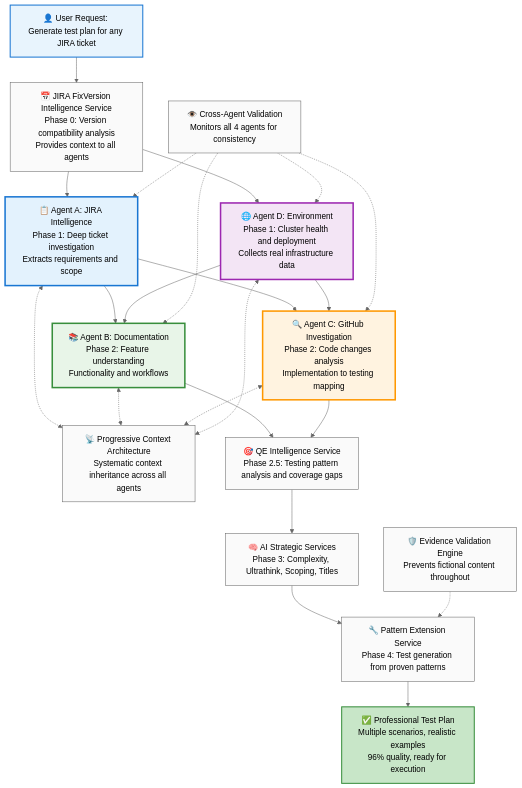
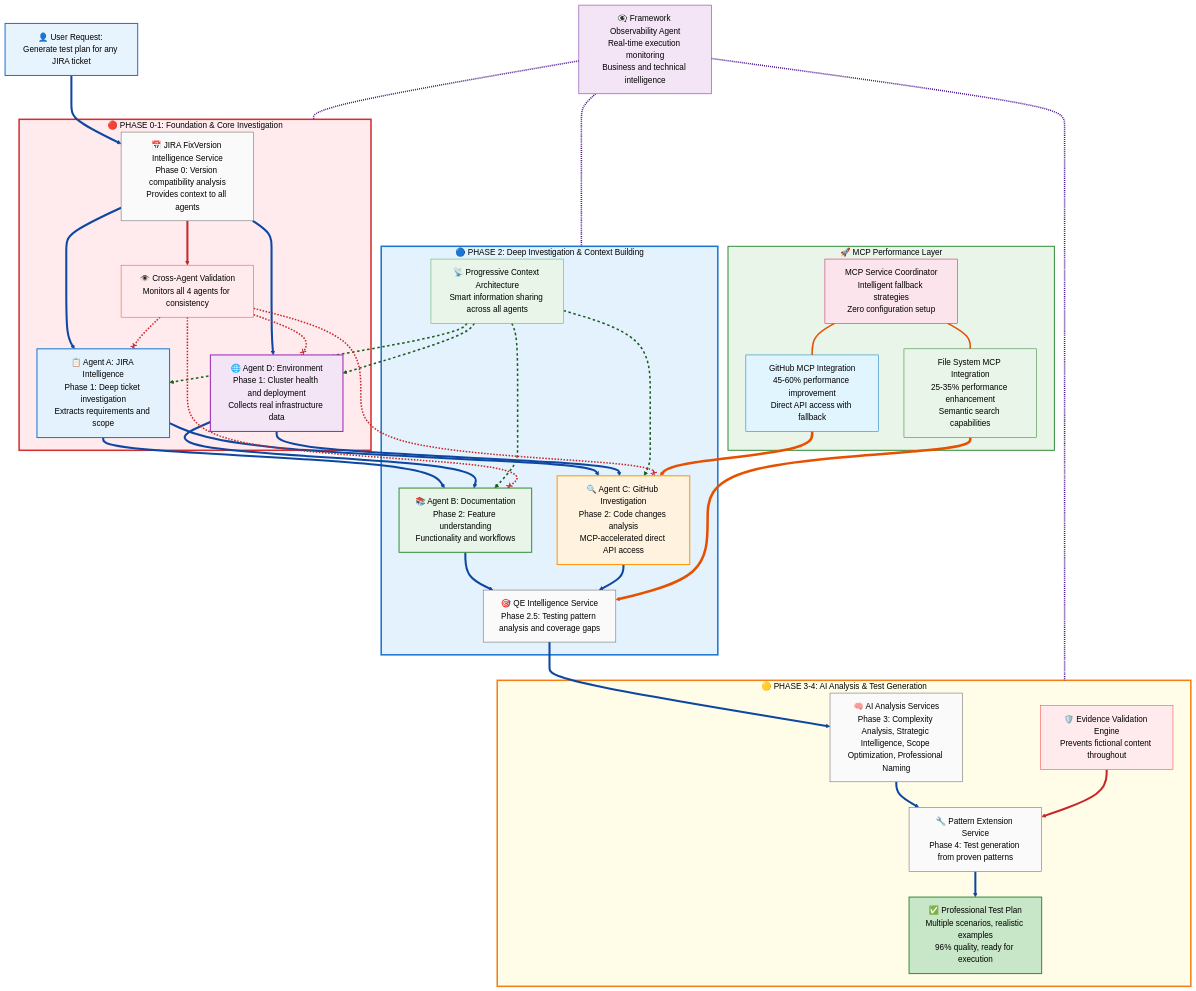
Before and after one commit to stolostron/ai-test-gen: the first of 2 diagrams in apps/claude-test-generator/docs/agents_concepts_workflow.md, drawn with Mermaid (neutral theme). The commit also changed other lines of this file and 36 other files, not shown here.

````diff
--- a/apps/claude-test-generator/docs/agents_concepts_workflow.md
+++ b/apps/claude-test-generator/docs/agents_concepts_workflow.md
@@ -38,78 +43,155 @@
 ```mermaid
 flowchart TB
-    %% User Input
+    %% User Request
     START[👤 User Request: Generate test plan for any JIRA ticket]
     
-    %% Phase 0: AI Services Foundation
-    VERSION_SERVICE[📅 JIRA FixVersion Intelligence Service<br/>Phase 0: Version compatibility analysis<br/>Provides context to all agents]
+    %% === PHASE 0-1: FOUNDATION & CORE AGENTS ===
+    subgraph PHASE01["🔴 PHASE 0-1: Foundation & Core Investigation"]
+        VERSION_SERVICE[📅 JIRA FixVersion Intelligence Service<br/>Phase 0: Version compatibility analysis<br/>Provides context to all agents]
+        
+        AGENT_A[📋 Agent A: JIRA Intelligence<br/>Phase 1: Deep ticket investigation<br/>Extracts requirements and scope]
+        AGENT_D[🌐 Agent D: Environment<br/>Phase 1: Cluster health and deployment<br/>Collects real infrastructure data]
+        
+        CROSS_VALIDATION[👁️ Cross-Agent Validation<br/>Monitors all 4 agents for consistency]
+    end
     
-    %% Phase 1: The 4 Core Agents (Parallel)
-    AGENT_A[📋 Agent A: JIRA Intelligence<br/>Phase 1: Deep ticket investigation<br/>Extracts requirements and scope]
-    AGENT_D[🌐 Agent D: Environment<br/>Phase 1: Cluster health and deployment<br/>Collects real infrastructure data]
+    %% === PHASE 2: INVESTIGATION AGENTS ===
+    subgraph PHASE2["🔵 PHASE 2: Deep Investigation & Context Building"]
+        AGENT_B[📚 Agent B: Documentation<br/>Phase 2: Feature understanding<br/>Functionality and workflows]
+        AGENT_C[🔍 Agent C: GitHub Investigation<br/>Phase 2: Code changes analysis<br/>MCP-accelerated direct API access]
+        
+        CONTEXT_ARCHITECTURE[📡 Progressive Context Architecture<br/>Smart information sharing across all agents]
+        QE_SERVICE[🎯 QE Intelligence Service<br/>Phase 2.5: Testing pattern analysis and coverage gaps]
+    end
     
-    %% Phase 2: Investigation Agents (Parallel)
-    AGENT_B[📚 Agent B: Documentation<br/>Phase 2: Feature understanding<br/>Functionality and workflows]
-    AGENT_C[🔍 Agent C: GitHub Investigation<br/>Phase 2: Code changes analysis<br/>Implementation to testing mapping]
+    %% === PHASE 3-4: AI SERVICES & GENERATION ===
+    subgraph PHASE34["🟡 PHASE 3-4: AI Analysis & Test Generation"]
+        AI_SERVICES[🧠 AI Analysis Services<br/>Phase 3: Complexity Analysis, Strategic Intelligence, Scope Optimization, Professional Naming]
+        
+        VALIDATION_SERVICE[🛡️ Evidence Validation Engine<br/>Prevents fictional content throughout]
+        PATTERN_SERVICE[🔧 Pattern Extension Service<br/>Phase 4: Test generation from proven patterns]
+        
+        FINAL[✅ Professional Test Plan<br/>Multiple scenarios, realistic examples<br/>96% quality, ready for execution]
+    end
     
-    %% AI Services Supporting the Framework
-    CONTEXT_ARCHITECTURE[📡 Progressive Context Architecture<br/>Systematic context inheritance across all agents]
-    QE_SERVICE[🎯 QE Intelligence Service<br/>Phase 2.5: Testing pattern analysis and coverage gaps]
-    AI_SERVICES[🧠 AI Strategic Services<br/>Phase 3: Complexity, Ultrathink, Scoping, Titles]
-    PATTERN_SERVICE[🔧 Pattern Extension Service<br/>Phase 4: Test generation from proven patterns]
+    %% === MCP INTEGRATION (Right Side) ===
+    subgraph MCP["🚀 MCP Performance Layer"]
+        MCP_GITHUB[GitHub MCP Integration<br/>45-60% performance improvement<br/>Direct API access with fallback]
+        MCP_FILESYSTEM[File System MCP Integration<br/>25-35% performance enhancement<br/>Semantic search capabilities]
+        MCP_COORDINATOR[MCP Service Coordinator<br/>Intelligent fallback strategies<br/>Zero configuration setup]
+    end
     
-    %% Quality Services
-    VALIDATION_SERVICE[🛡️ Evidence Validation Engine<br/>Prevents fictional content throughout]
-    CROSS_VALIDATION[👁️ Cross-Agent Validation<br/>Monitors all 4 agents for consistency]
+    %% === OBSERVABILITY ===
+    OBSERVABILITY[👁️‍🗨️ Framework Observability Agent<br/>Real-time execution monitoring<br/>Business and technical intelligence]
     
-    %% Final Result
-    FINAL[✅ Professional Test Plan<br/>Multiple scenarios, realistic examples<br/>96% quality, ready for execution]
-    
-    %% Main Agent Flow
+    %% === MAIN WORKFLOW (Thick dark arrows) ===
     START --> VERSION_SERVICE
     VERSION_SERVICE --> AGENT_A
     VERSION_SERVICE --> AGENT_D
-    
     AGENT_A --> AGENT_B
     AGENT_A --> AGENT_C
     AGENT_D --> AGENT_B
     AGENT_D --> AGENT_C
-    
     AGENT_B --> QE_SERVICE
     AGENT_C --> QE_SERVICE
-    
     QE_SERVICE --> AI_SERVICES
     AI_SERVICES --> PATTERN_SERVICE
     PATTERN_SERVICE --> FINAL
     
-    %% Supporting Service Connections
-    AGENT_A <-.-> CONTEXT_ARCHITECTURE
-    AGENT_B <-.-> CONTEXT_ARCHITECTURE
-    AGENT_C <-.-> CONTEXT_ARCHITECTURE
-    AGENT_D <-.-> CONTEXT_ARCHITECTURE
+    %% === CONTEXT INHERITANCE (Thick green dotted) ===
+    CONTEXT_ARCHITECTURE -.-> AGENT_A
+    CONTEXT_ARCHITECTURE -.-> AGENT_B
+    CONTEXT_ARCHITECTURE -.-> AGENT_C
+    CONTEXT_ARCHITECTURE -.-> AGENT_D
     
-    CROSS_VALIDATION -.-> AGENT_A
-    CROSS_VALIDATION -.-> AGENT_B
-    CROSS_VALIDATION -.-> AGENT_C
-    CROSS_VALIDATION -.-> AGENT_D
+    %% === VALIDATION MONITORING (Bold red dashed) ===
+    VERSION_SERVICE --> CROSS_VALIDATION
+    CROSS_VALIDATION --x AGENT_A
+    CROSS_VALIDATION --x AGENT_B
+    CROSS_VALIDATION --x AGENT_C
+    CROSS_VALIDATION --x AGENT_D
+    VALIDATION_SERVICE --> PATTERN_SERVICE
     
-    VALIDATION_SERVICE -.-> PATTERN_SERVICE
+    %% === MCP INTEGRATION (Very bold orange) ===
+    MCP_GITHUB ==> AGENT_C
+    MCP_FILESYSTEM ==> QE_SERVICE
+    MCP_COORDINATOR --- MCP_GITHUB
+    MCP_COORDINATOR --- MCP_FILESYSTEM
     
-    %% Clear 4-Agent Styling
-    style AGENT_A fill:#e3f2fd,stroke:#1976d2,stroke-width:3px,color:#000
-    style AGENT_B fill:#e8f5e8,stroke:#388e3c,stroke-width:3px,color:#000
-    style AGENT_C fill:#fff3e0,stroke:#ff9800,stroke-width:3px,color:#000
-    style AGENT_D fill:#f3e5f5,stroke:#9c27b0,stroke-width:3px,color:#000
+    %% === OBSERVABILITY MONITORING (Bold purple dotted) ===
+    OBSERVABILITY -.- PHASE01
+    OBSERVABILITY -.- PHASE2
+    OBSERVABILITY -.- PHASE34
     
-    %% AI Services Styling (clearly distinct)
+    %% === ARROW STYLING FOR VISIBILITY ===
+    %% Main workflow - thick dark blue
+    linkStyle 0 stroke:#0d47a1,stroke-width:4px
+    linkStyle 1 stroke:#0d47a1,stroke-width:4px
+    linkStyle 2 stroke:#0d47a1,stroke-width:4px
+    linkStyle 3 stroke:#0d47a1,stroke-width:4px
+    linkStyle 4 stroke:#0d47a1,stroke-width:4px
+    linkStyle 5 stroke:#0d47a1,stroke-width:4px
+    linkStyle 6 stroke:#0d47a1,stroke-width:4px
+    linkStyle 7 stroke:#0d47a1,stroke-width:4px
+    linkStyle 8 stroke:#0d47a1,stroke-width:4px
+    linkStyle 9 stroke:#0d47a1,stroke-width:4px
+    linkStyle 10 stroke:#0d47a1,stroke-width:4px
+    linkStyle 11 stroke:#0d47a1,stroke-width:4px
+    
+    %% Context inheritance - thick green
+    linkStyle 12 stroke:#1b5e20,stroke-width:3px,stroke-dasharray: 5 5
+    linkStyle 13 stroke:#1b5e20,stroke-width:3px,stroke-dasharray: 5 5
+    linkStyle 14 stroke:#1b5e20,stroke-width:3px,stroke-dasharray: 5 5
+    linkStyle 15 stroke:#1b5e20,stroke-width:3px,stroke-dasharray: 5 5
+    
+    %% Validation monitoring - bold red
+    linkStyle 16 stroke:#c62828,stroke-width:4px
+    linkStyle 17 stroke:#c62828,stroke-width:3px,stroke-dasharray: 3 3
+    linkStyle 18 stroke:#c62828,stroke-width:3px,stroke-dasharray: 3 3
+    linkStyle 19 stroke:#c62828,stroke-width:3px,stroke-dasharray: 3 3
+    linkStyle 20 stroke:#c62828,stroke-width:3px,stroke-dasharray: 3 3
+    linkStyle 21 stroke:#c62828,stroke-width:4px
+    
+    %% MCP integration - very bold orange
+    linkStyle 22 stroke:#e65100,stroke-width:5px
+    linkStyle 23 stroke:#e65100,stroke-width:5px
+    linkStyle 24 stroke:#e65100,stroke-width:3px
+    linkStyle 25 stroke:#e65100,stroke-width:3px
+    
+    %% Observability - bold purple
+    linkStyle 26 stroke:#4a148c,stroke-width:3px,stroke-dasharray: 2 2
+    linkStyle 27 stroke:#4a148c,stroke-width:3px,stroke-dasharray: 2 2
+    linkStyle 28 stroke:#4a148c,stroke-width:3px,stroke-dasharray: 2 2
+    
+    %% === STYLING ===
+    %% Phase sections
+    style PHASE01 fill:#ffebee,stroke:#d32f2f,stroke-width:3px,color:#000
+    style PHASE2 fill:#e3f2fd,stroke:#1976d2,stroke-width:3px,color:#000
+    style PHASE34 fill:#fffde7,stroke:#f57f17,stroke-width:3px,color:#000
+    style MCP fill:#e8f5e8,stroke:#388e3c,stroke-width:2px,color:#000
+    
+    %% Core agents (distinct colors)
+    style AGENT_A fill:#e3f2fd,stroke:#1976d2,stroke-width:2px,color:#000
+    style AGENT_B fill:#e8f5e8,stroke:#388e3c,stroke-width:2px,color:#000
+    style AGENT_C fill:#fff3e0,stroke:#ff9800,stroke-width:2px,color:#000
+    style AGENT_D fill:#f3e5f5,stroke:#9c27b0,stroke-width:2px,color:#000
+    
+    %% Services
     style VERSION_SERVICE fill:#fafafa,stroke:#616161,stroke-width:1px,color:#000
     style QE_SERVICE fill:#fafafa,stroke:#616161,stroke-width:1px,color:#000
     style AI_SERVICES fill:#fafafa,stroke:#616161,stroke-width:1px,color:#000
     style PATTERN_SERVICE fill:#fafafa,stroke:#616161,stroke-width:1px,color:#000
-    style VALIDATION_SERVICE fill:#fafafa,stroke:#616161,stroke-width:1px,color:#000
-    style CONTEXT_ARCHITECTURE fill:#fafafa,stroke:#616161,stroke-width:1px,color:#000
-    style CROSS_VALIDATION fill:#fafafa,stroke:#616161,stroke-width:1px,color:#000
+    style CONTEXT_ARCHITECTURE fill:#e8f5e8,stroke:#4caf50,stroke-width:1px,color:#000
+    style CROSS_VALIDATION fill:#ffebee,stroke:#f44336,stroke-width:1px,color:#000
+    style VALIDATION_SERVICE fill:#ffebee,stroke:#f44336,stroke-width:1px,color:#000
+    style OBSERVABILITY fill:#f3e5f5,stroke:#7b1fa2,stroke-width:1px,color:#000
     
-    %% Special Styling
+    %% MCP components
+    style MCP_GITHUB fill:#e1f5fe,stroke:#0277bd,stroke-width:1px,color:#000
+    style MCP_FILESYSTEM fill:#e8f5e8,stroke:#2e7d32,stroke-width:1px,color:#000
+    style MCP_COORDINATOR fill:#fce4ec,stroke:#c2185b,stroke-width:1px,color:#000
+    
+    %% Start/End
     style START fill:#e8f4fd,stroke:#1976d2,stroke-width:2px,color:#000
     style FINAL fill:#c8e6c8,stroke:#388e3c,stroke-width:2px,color:#000
 ```
````
